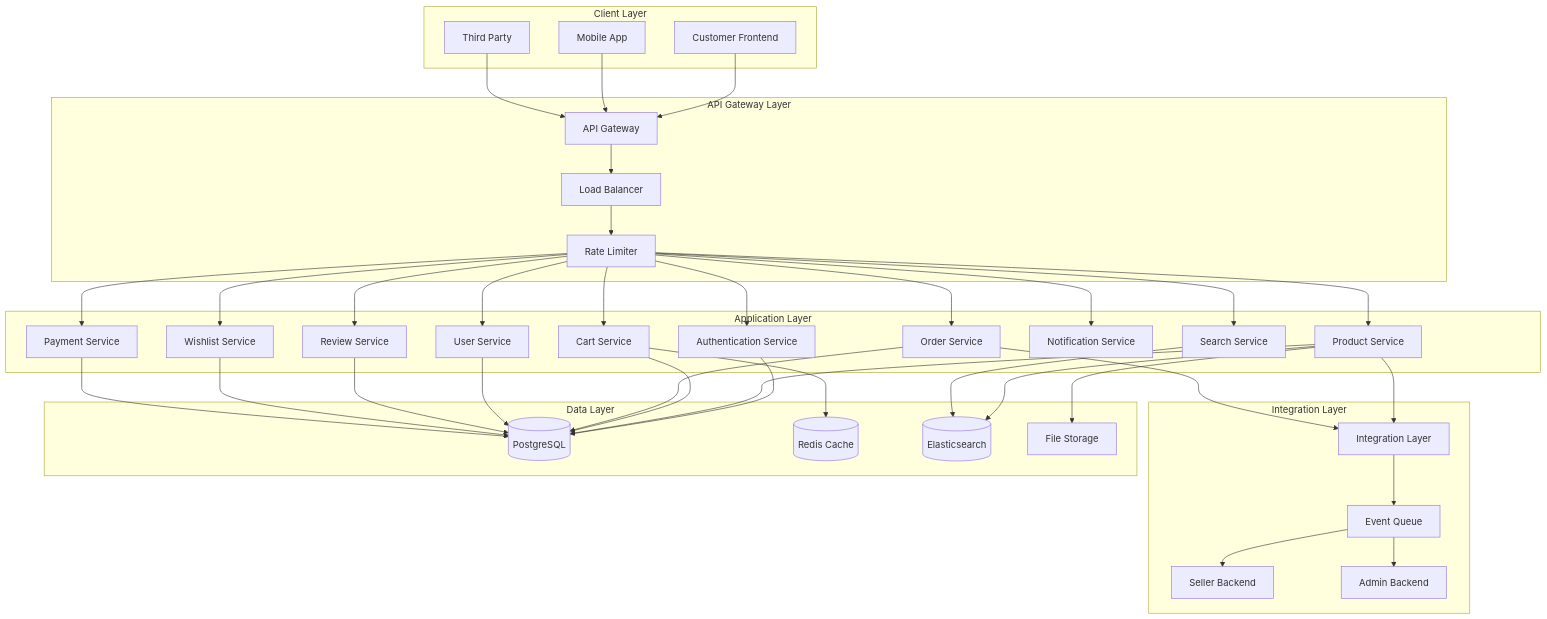
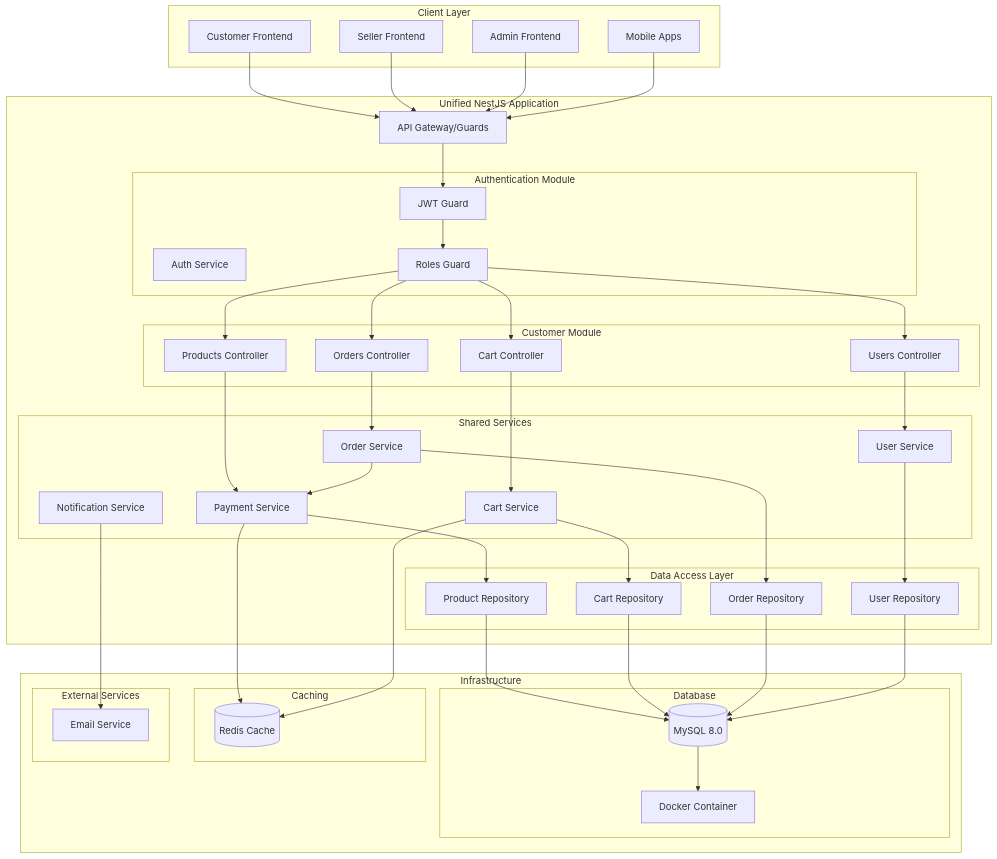
Before and after one commit to Choeng-Rayu/LoukDo: the first of 4 diagrams in .kiro/specs/customer-backend-api/design.md, drawn with Mermaid. The commit also changed other lines of this file and 13 other files, not shown here.

````diff
--- a/.kiro/specs/customer-backend-api/design.md
+++ b/.kiro/specs/customer-backend-api/design.md
@@ -25,77 +26,91 @@
 graph TB
     subgraph "Client Layer"
         CF[Customer Frontend]
-        MA[Mobile App]
-        TP[Third Party]
+        SF[Seller Frontend]
+        AF[Admin Frontend]
+        MA[Mobile Apps]
     end
     
-    subgraph "API Gateway Layer"
-        AG[API Gateway]
-        LB[Load Balancer]
-        RL[Rate Limiter]
+    subgraph "Unified NestJS Application"
+        AG[API Gateway/Guards]
+        
+        subgraph "Authentication Module"
+            AS[Auth Service]
+            JG[JWT Guard]
+            RG[Roles Guard]
+        end
+        
+        subgraph "Customer Module"
+            PC[Products Controller]
+            CC[Cart Controller]
+            OC[Orders Controller]
+            UC[Users Controller]
+        end
+        
+        subgraph "Shared Services"
+            PS[Product Service]
+            CS[Cart Service]
+            OS[Order Service]
+            US[User Service]
+            NS[Notification Service]
+        end
+        
+        subgraph "Data Access Layer"
+            PR[Product Repository]
+            CR[Cart Repository]
+            OR[Order Repository]
+            UR[User Repository]
+        end
     end
     
-    subgraph "Application Layer"
-        AS[Authentication Service]
-        PS[Product Service]
-        CS[Cart Service]
-        OS[Order Service]
-        US[User Service]
-        RS[Review Service]
-        WS[Wishlist Service]
-        NS[Notification Service]
-        SS[Search Service]
-        PYS[Payment Service]
-    end
-    
-    subgraph "Integration Layer"
-        IL[Integration Layer]
-        EQ[Event Queue]
-        SB[Seller Backend]
-        AB[Admin Backend]
-    end
-    
-    subgraph "Data Layer"
-        PG[(PostgreSQL)]
-        RD[(Redis Cache)]
-        ES[(Elasticsearch)]
-        FS[File Storage]
+    subgraph "Infrastructure"
+        subgraph "Database"
+            MY[(MySQL 8.0)]
+            DC[Docker Container]
+        end
+        
+        subgraph "Caching"
+            RD[(Redis Cache)]
+        end
+        
+        subgraph "External Services"
+            ES[Email Service]
+            PS[Payment Service]
+        end
     end
     
     CF --> AG
+    SF --> AG
+    AF --> AG
     MA --> AG
-    TP --> AG
     
-    AG --> LB
-    LB --> RL
-    RL --> AS
-    RL --> PS
-    RL --> CS
-    RL --> OS
-    RL --> US
-    RL --> RS
-    RL --> WS
-    RL --> NS
-    RL --> SS
-    RL --> PYS
+    AG --> JG
+    JG --> RG
+    RG --> PC
+    RG --> CC
+    RG --> OC
+    RG --> UC
     
-    AS --> PG
-    PS --> PG
-    PS --> ES
-    CS --> PG
+    PC --> PS
+    CC --> CS
+    OC --> OS
+    UC --> US
+    
+    PS --> PR
+    CS --> CR
+    OS --> OR
+    US --> UR
+    
+    PR --> MY
+    CR --> MY
+    OR --> MY
+    UR --> MY
+    
+    MY --> DC
+    
+    PS --> RD
     CS --> RD
-    OS --> PG
-    US --> PG
-    RS --> PG
-    WS --> PG
-    SS --> ES
-    PYS --> PG
     
-    PS --> IL
-    OS --> IL
-    IL --> EQ
-    EQ --> SB
-    EQ --> AB
-    
-    PS --> FS
+    NS --> ES
+    OS --> PS
 ```
````
